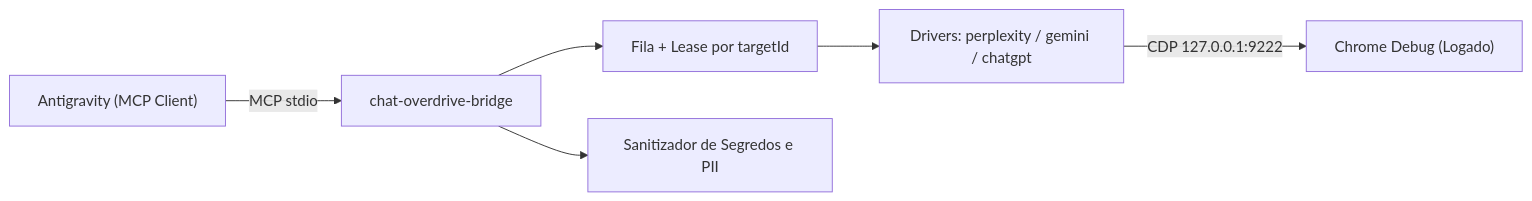
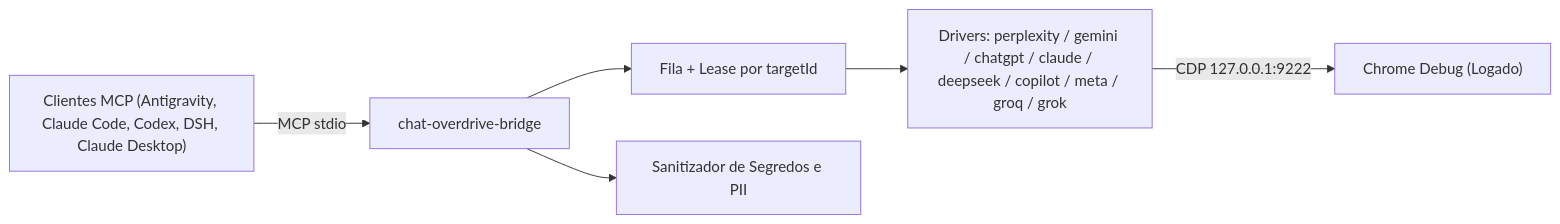
Before and after one commit to samucamg/chat-bridge-overdrive: the diagram in docs/ARQUITETURA.md, drawn with Mermaid. The commit also changed other lines of this file and 26 other files, not shown here.

Commit message:
Add Microsoft Copilot, Meta AI, Groq, and Grok drivers (9 providers, 15 MCP tools) and multi-IDE documentation

````diff
--- a/docs/ARQUITETURA.md
+++ b/docs/ARQUITETURA.md
@@ -14,8 +14,8 @@
 ```mermaid
 flowchart LR
-  A["Antigravity (MCP Client)"] -->|MCP stdio| B["chat-overdrive-bridge"]
+  A["Clientes MCP (Antigravity, Claude Code, Codex, DSH, Claude Desktop)"] -->|MCP stdio| B["chat-overdrive-bridge"]
   B --> C["Fila + Lease por targetId"]
-  C --> D["Drivers: perplexity / gemini / chatgpt"]
+  C --> D["Drivers: perplexity / gemini / chatgpt / claude / deepseek / copilot / meta / groq / grok"]
   D -->|CDP 127.0.0.1:9222| E["Chrome Debug (Logado)"]
   B --> F["Sanitizador de Segredos e PII"]
 ```
````
